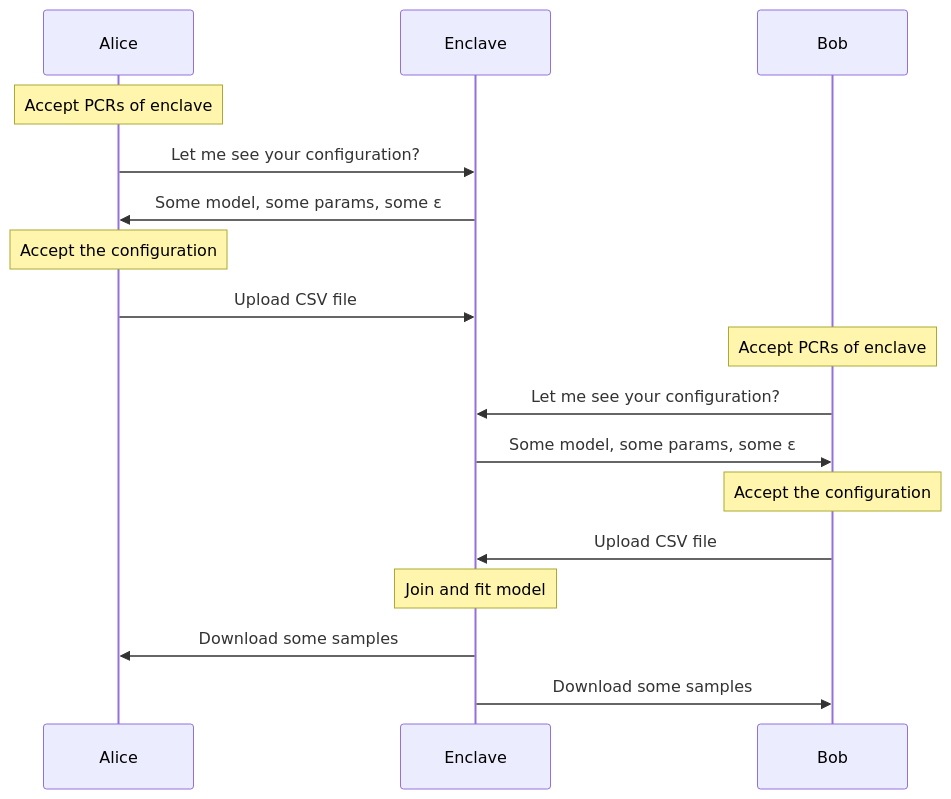
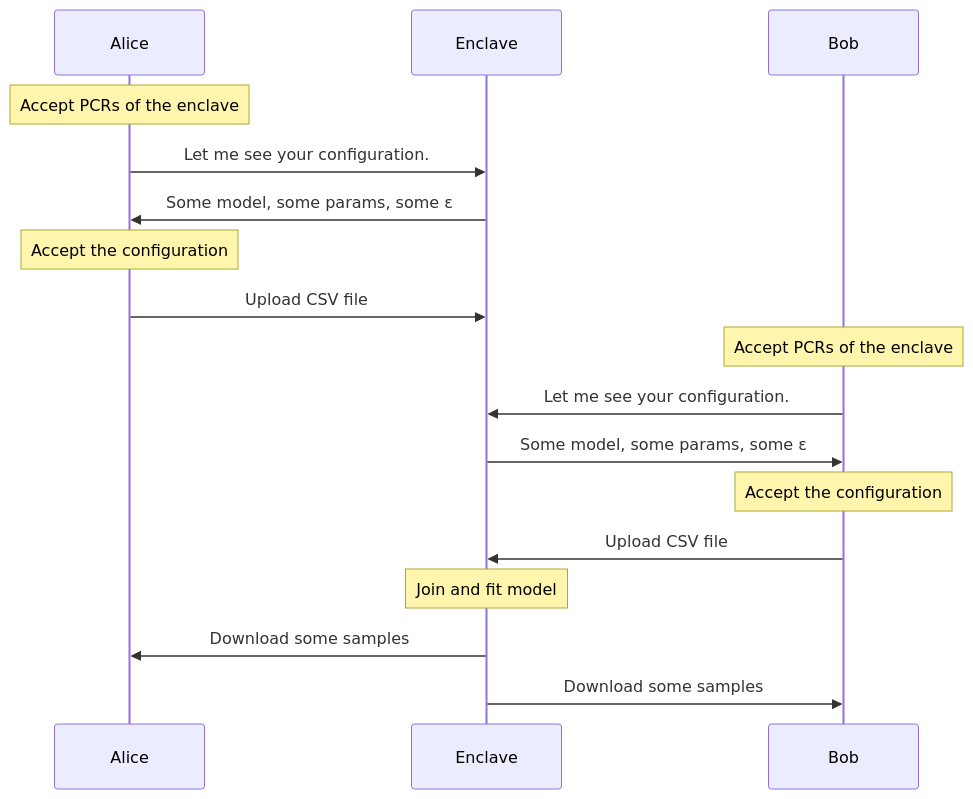
The third of 3 diagrams in workshops/2_Synthetic_Data_from_Multiple_Private_Data_Sources/README.md (ObliviousAI/enclave_workshops), drawn with Mermaid before and after one commit. The commit also changed other lines of this file, not shown here.

````diff
--- a/workshops/2_Synthetic_Data_from_Multiple_Private_Data_Sources/README.md
+++ b/workshops/2_Synthetic_Data_from_Multiple_Private_Data_Sources/README.md
@@ -92,17 +92,17 @@
 ```mermaid
 sequenceDiagram
-    Note over Alice: Accept PCRs of enclave
-    Alice->>Enclave: Let me see your configuration?
+    Note over Alice: Accept PCRs of the enclave
+    Alice->>Enclave: Let me see your configuration.
     Enclave->>Alice: Some model, some params, some ε
     Note over Alice: Accept the configuration
     Alice->>Enclave: Upload CSV file
-    Note over Bob: Accept PCRs of enclave
-    Bob->>Enclave: Let me see your configuration?
+    Note over Bob: Accept PCRs of the enclave
+    Bob->>Enclave: Let me see your configuration.
     Enclave->>Bob: Some model, some params, some ε
     Note over Bob: Accept the configuration
     Bob->>Enclave: Upload CSV file
     Note over Enclave: Join and fit model
     Enclave->>Alice: Download some samples
     Enclave->>Bob: Download some samples
 
 ```
````
